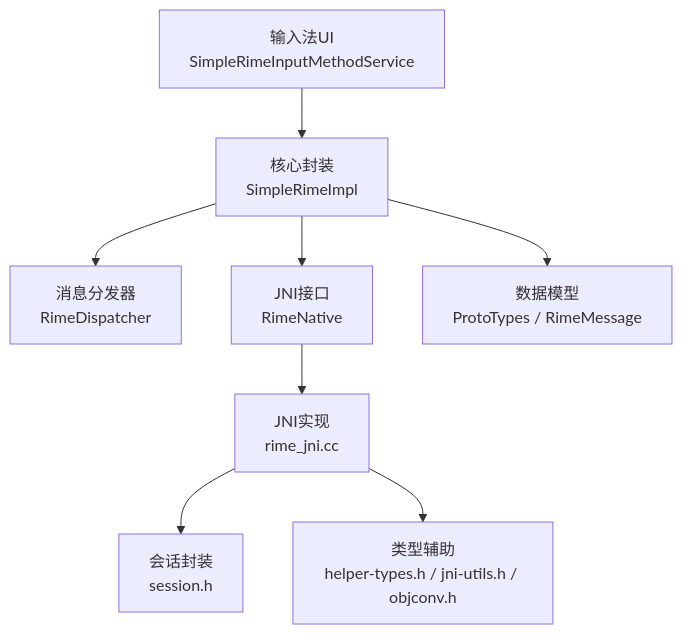
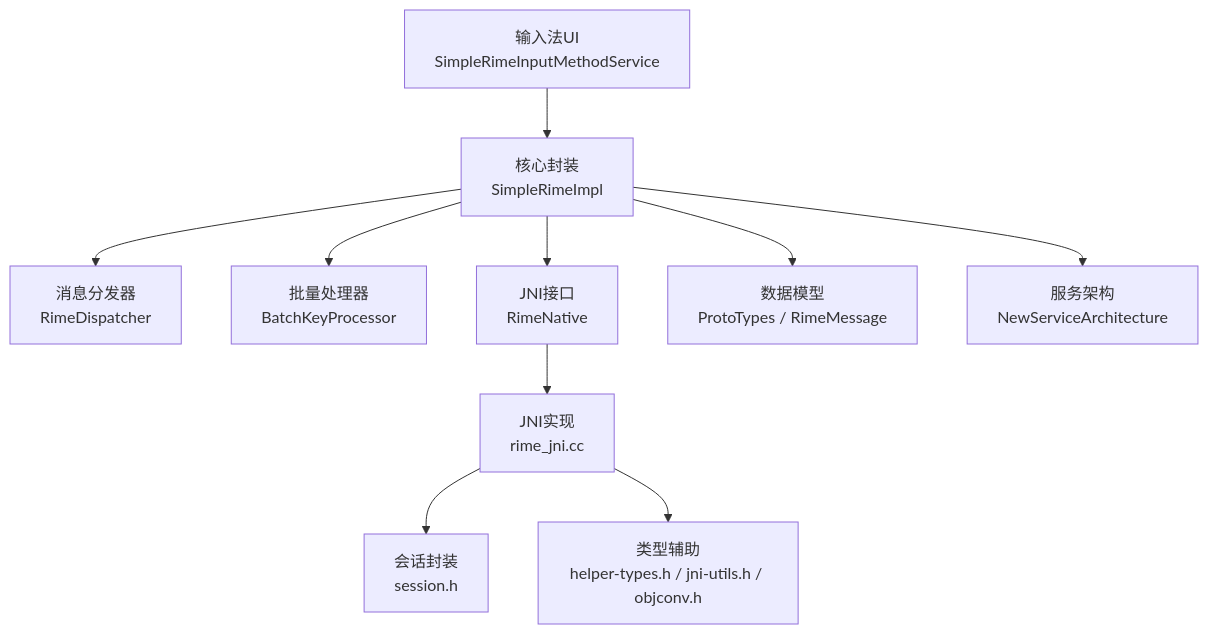
Before and after one commit to qiaodashaoye/ziyou-ime: the first of 9 diagrams in .qoder/repowiki/zh/content/架构设计/分层架构设计/业务逻辑层/SimpleRimeImpl 核心实现.md, drawn with Mermaid. The commit also changed other lines of this file and 7 other files, not shown here.

````diff
--- a/.qoder/repowiki/zh/content/架构设计/分层架构设计/业务逻辑层/SimpleRimeImpl 核心实现.md
+++ b/.qoder/repowiki/zh/content/架构设计/分层架构设计/业务逻辑层/SimpleRimeImpl 核心实现.md
@@ -43,10 +53,12 @@
 ```mermaid
 graph TB
 UI["输入法UI<br/>SimpleRimeInputMethodService"] --> Core["核心封装<br/>SimpleRimeImpl"]
 Core --> Dispatcher["消息分发器<br/>RimeDispatcher"]
+Core --> BatchProcessor["批量处理器<br/>BatchKeyProcessor"]
 Core --> NativeAPI["JNI接口<br/>RimeNative"]
 NativeAPI --> JNI["JNI实现<br/>rime_jni.cc"]
 JNI --> Session["会话封装<br/>session.h"]
 JNI --> Helper["类型辅助<br/>helper-types.h / jni-utils.h / objconv.h"]
 Core --> Models["数据模型<br/>ProtoTypes / RimeMessage"]
+Core --> Service["服务架构<br/>NewServiceArchitecture"]
 ```
````
